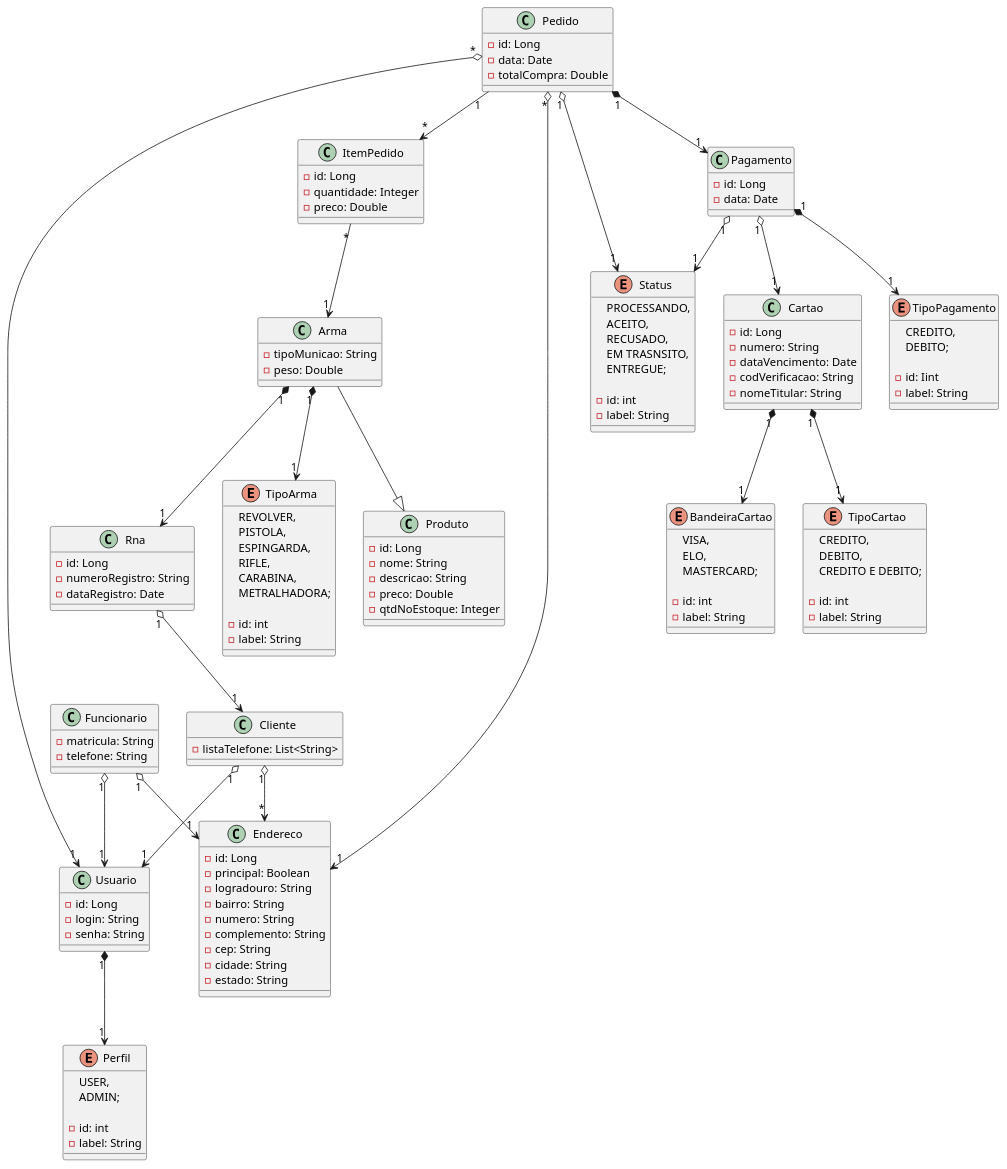
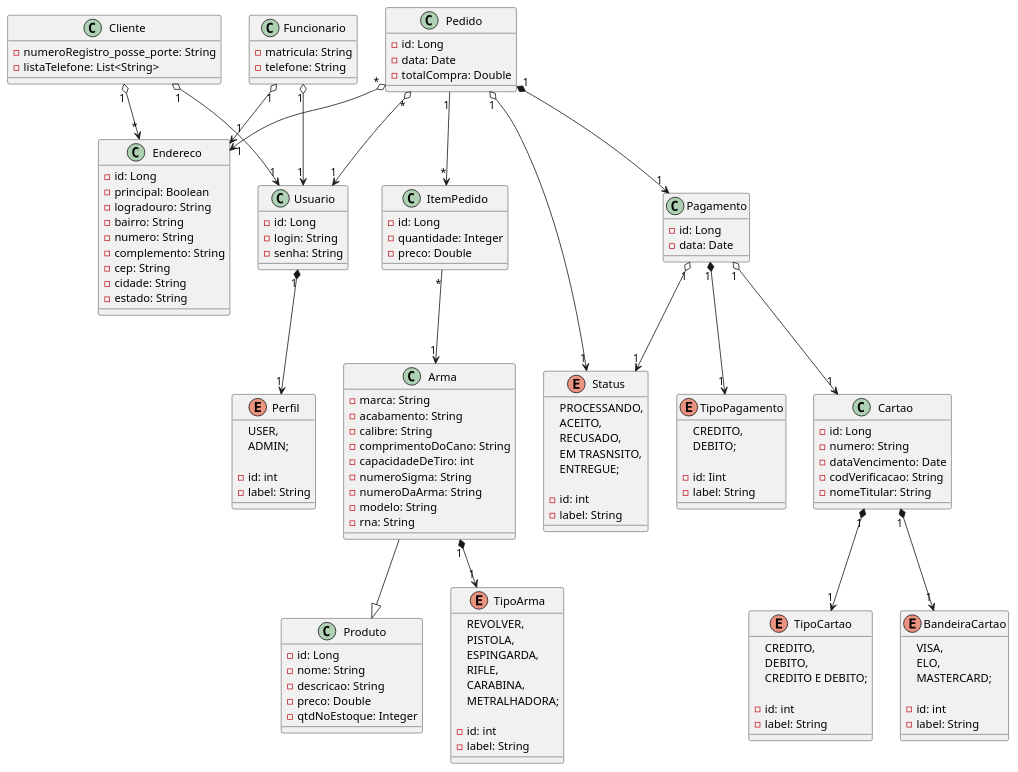
The diagram in src/main/java/unitins/tp1/docs/uml_militropa.plantuml (daniel-ferreira-da-costa/militropa), drawn with PlantUML before and after one commit. The commit also changed 19 other files, not shown here.

Commit message:
correção de herança entre arma e produto, atualização de arma, cliente e funcionario

```diff
--- a/src/main/java/unitins/tp1/docs/uml_militropa.plantuml
+++ b/src/main/java/unitins/tp1/docs/uml_militropa.plantuml
@@ -1,160 +1,160 @@
 @startuml Tabacaria
 '========Produto========='
 class Produto{
     - id: Long
     - nome: String
     - descricao: String
     - preco: Double
     - qtdNoEstoque: Integer
 }
 
 class Arma{
-    - tipoMunicao: String
-    - peso: Double
-}
-
-class Rna{
-    - id: Long
-    - numeroRegistro: String
-    - dataRegistro: Date
+    - marca: String
+    - acabamento: String
+    - calibre: String
+    - comprimentoDoCano: String
+    - capacidadeDeTiro: int
+    - numeroSigma: String
+    - numeroDaArma: String
+    - modelo: String
+    - rna: String
 }
 
 enum TipoArma{
     REVOLVER,
     PISTOLA,
     ESPINGARDA,
     RIFLE,
     CARABINA,
     METRALHADORA;
 
     - id: int
     - label: String
 }
 
 '========Usuario========='
 class Usuario{
     - id: Long
     - login: String
     - senha: String
 }
 
 enum Perfil{
     USER, 
     ADMIN;
 
     - id: int
     - label: String
 }
 
 class Funcionario{
     - matricula: String
     - telefone: String
 }
 
 class Cliente{
+    - numeroRegistro_posse_porte: String
     - listaTelefone: List<String>
 }
 '========Venda========='
 class Pedido {
     - id: Long
     - data: Date
     - totalCompra: Double
 }
 
 class ItemPedido {
     - id: Long
     - quantidade: Integer
     - preco: Double
 }
 
 enum Status{
     PROCESSANDO, 
     ACEITO,
     RECUSADO,
     EM TRASNSITO,
     ENTREGUE;
 
     - id: int
     - label: String
 }
 '========Pagamento========='
 class Pagamento{
     - id: Long
     - data: Date
 }
 
 class Cartao{
     - id: Long
     - numero: String
     - dataVencimento: Date
     - codVerificacao: String
     - nomeTitular: String
 }
 
 enum TipoCartao{
     CREDITO, 
     DEBITO, 
     CREDITO E DEBITO;
 
     - id: int
     - label: String 
 }
 
 enum TipoPagamento {
     CREDITO, 
     DEBITO;
 
     - id: Iint
     - label: String 
 }
 
 enum BandeiraCartao {
     VISA,
     ELO,
     MASTERCARD;
 
     - id: int
     - label: String 
 }
 '========Endereco========='
 class Endereco {
     - id: Long
     - principal: Boolean
     - logradouro: String
     - bairro: String
     - numero: String
     - complemento: String
     - cep: String
     - cidade: String
     - estado: String
 }
 
 '========Relacionamentos========='
 
 Pedido "1" *--> "1" Pagamento
 Pedido "1" --> "*" ItemPedido
 Pedido "1" o--> "1" Status
 Pedido "*" o--> "1" Usuario
 Pedido "*" o--> "1" Endereco
 
 Pagamento "1" o--> "1" Status
 Pagamento "1" o--> "1" Cartao
 Pagamento "1" *--> "1" TipoPagamento
 
 Cartao "1" *--> "1" TipoCartao
 Cartao "1" *--> "1" BandeiraCartao
 
 ItemPedido "*" --> "1" Arma
 
 Usuario "1" *--> "1" Perfil
 Funcionario "1" o--> "1" Usuario
 Funcionario "1" o--> "1" Endereco
 Cliente "1" o--> "*" Endereco
 Cliente "1" o--> "1" Usuario
 
 Arma --|> Produto
 Arma "1" *--> "1" TipoArma
-Arma "1" *--> "1" Rna
 
-Rna "1" o--> "1" Cliente
 @enduml
```
